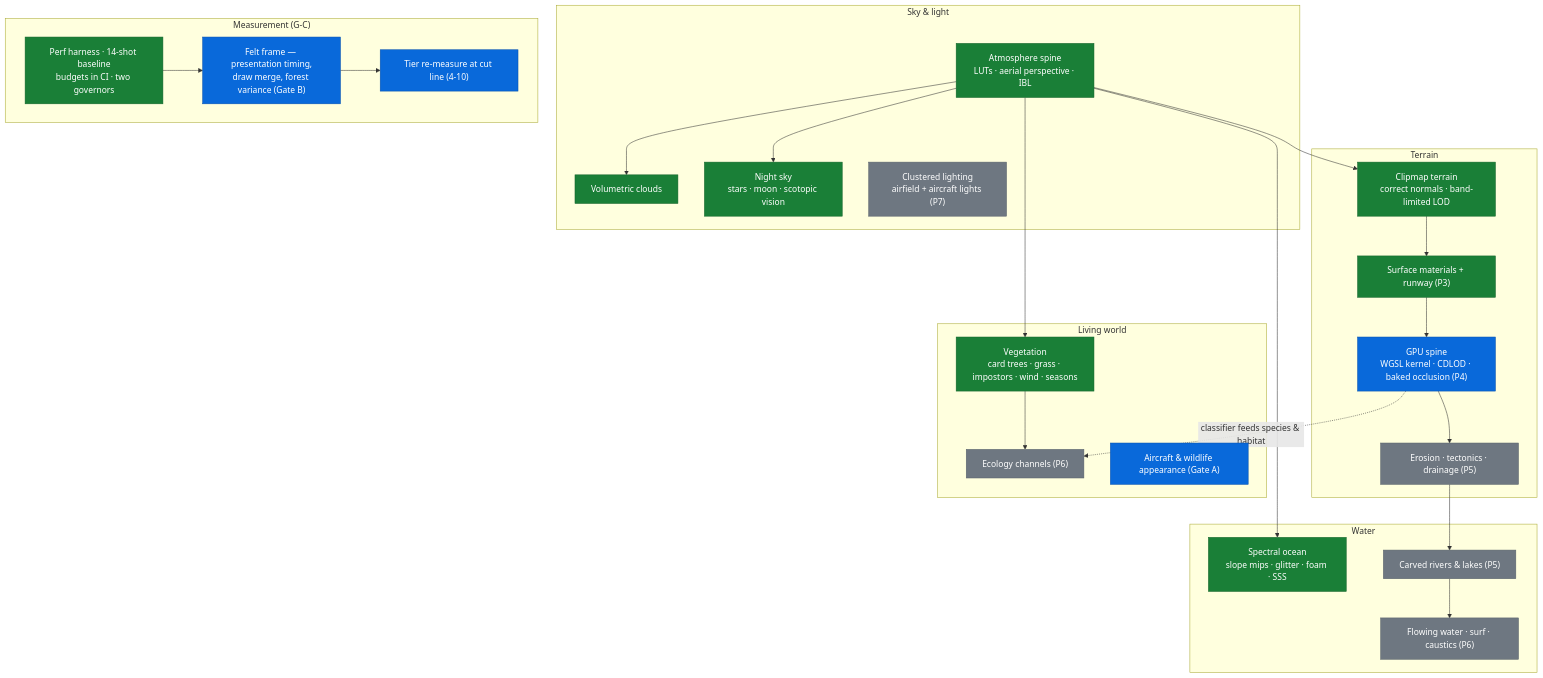
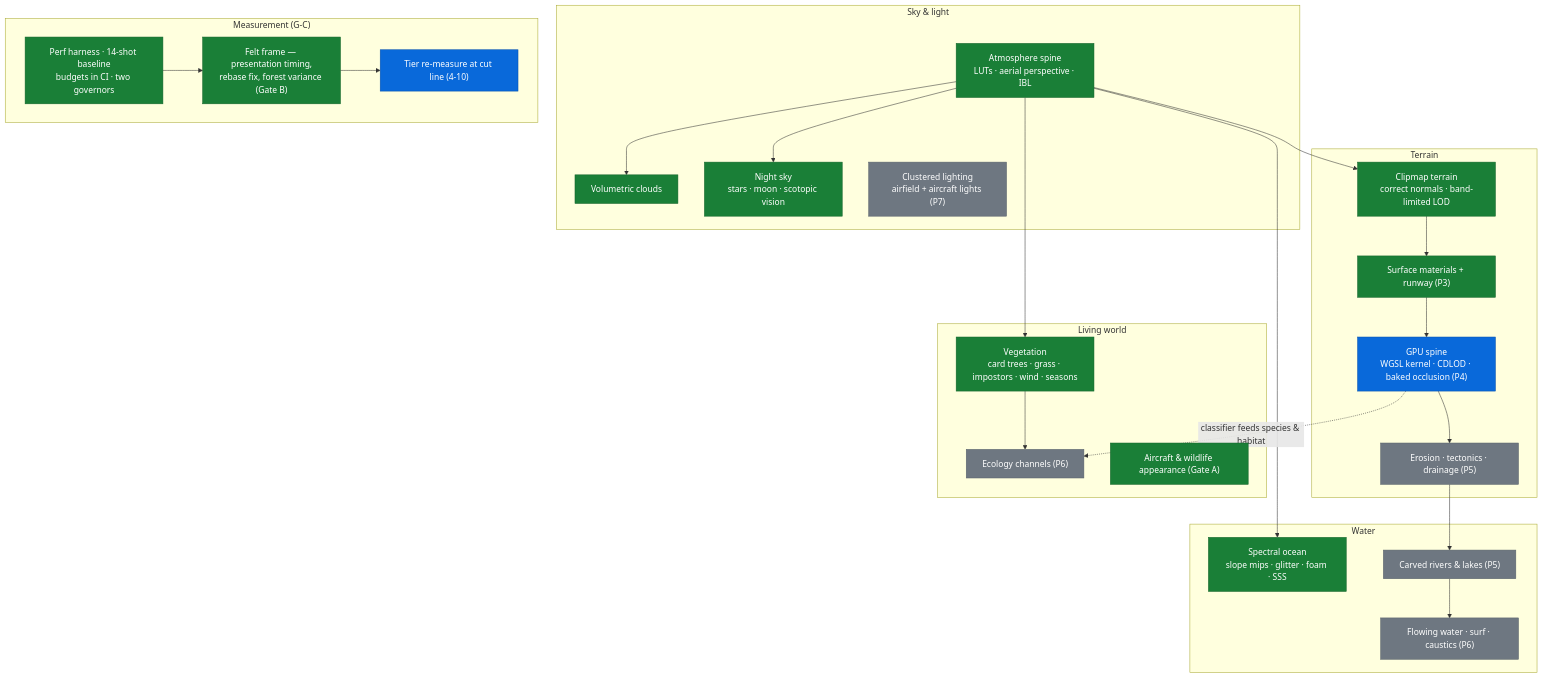
One commit to jazonshou/fly-high changed the second of 2 diagrams in PROJECT_OVERVIEW.md. Above: the diagram before and after it, drawn with Mermaid. The commit also changed other lines of this file and 62 other files, not shown here.

````diff
--- a/PROJECT_OVERVIEW.md
+++ b/PROJECT_OVERVIEW.md
@@ -201,41 +202,41 @@
 ```mermaid
 flowchart TB
     classDef live fill:#1a7f37,stroke:#116329,color:#ffffff
     classDef nextp fill:#0969da,stroke:#0550ae,color:#ffffff
     classDef later fill:#6e7781,stroke:#57606a,color:#ffffff
 
     subgraph SKY["Sky & light"]
         ATM["Atmosphere spine<br/>LUTs · aerial perspective · IBL"]:::live
         CLD["Volumetric clouds"]:::live
         NGT["Night sky<br/>stars · moon · scotopic vision"]:::live
         CLL["Clustered lighting<br/>airfield + aircraft lights (P7)"]:::later
     end
     subgraph GROUND["Terrain"]
         TER["Clipmap terrain<br/>correct normals · band-limited LOD"]:::live
         SRF["Surface materials + runway (P3)"]:::live
         SPN["GPU spine<br/>WGSL kernel · CDLOD · baked occlusion (P4)"]:::nextp
         ERO["Erosion · tectonics · drainage (P5)"]:::later
     end
     subgraph WATER["Water"]
         OCN["Spectral ocean<br/>slope mips · glitter · foam · SSS"]:::live
         RIV["Carved rivers & lakes (P5)"]:::later
         FLW["Flowing water · surf · caustics (P6)"]:::later
     end
     subgraph LIFE["Living world"]
         VEG["Vegetation<br/>card trees · grass · impostors · wind · seasons"]:::live
         ECO["Ecology channels (P6)"]:::later
-        ACW["Aircraft & wildlife appearance (Gate A)"]:::nextp
+        ACW["Aircraft & wildlife appearance (Gate A)"]:::live
     end
     subgraph MEAS["Measurement (G-C)"]
         HAR["Perf harness · 14-shot baseline<br/>budgets in CI · two governors"]:::live
-        FLT["Felt frame — presentation timing,<br/>draw merge, forest variance (Gate B)"]:::nextp
+        FLT["Felt frame — presentation timing,<br/>rebase fix, forest variance (Gate B)"]:::live
         TRM["Tier re-measure at cut line (4-10)"]:::nextp
     end
 
     ATM --> CLD & NGT & OCN & TER & VEG
     TER --> SRF --> SPN --> ERO
     ERO --> RIV --> FLW
     VEG --> ECO
     HAR --> FLT --> TRM
     SPN -.->|"classifier feeds species & habitat"| ECO
 ```
````
